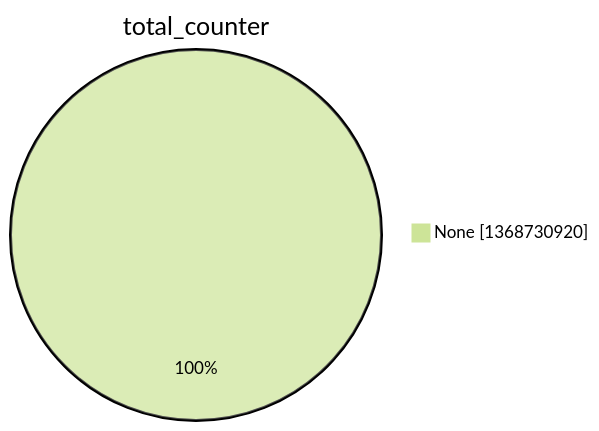
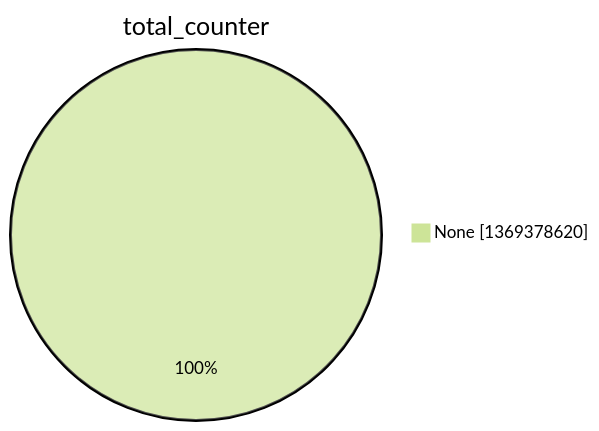
Before and after one commit to christiankrug/ctmonitor_visualization: the second of 15 diagrams in argon2022/README.md, drawn with Mermaid (forest theme). The commit also changed other lines of this file, not shown here.

````diff
--- a/argon2022/README.md
+++ b/argon2022/README.md
@@ -9,5 +9,5 @@
 ```mermaid
 pie showData
 title total_counter
-"None" :1368730920
+"None" :1369378620
 ```
````
